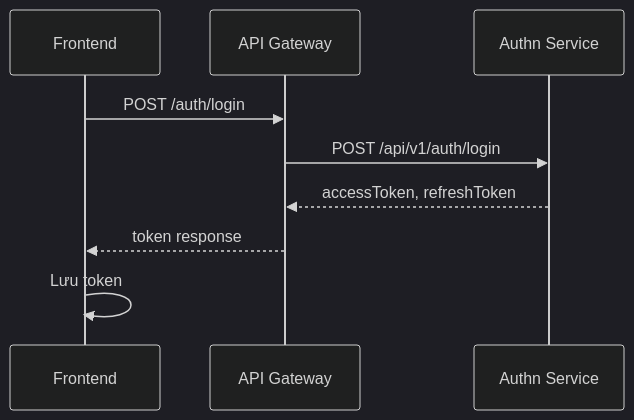
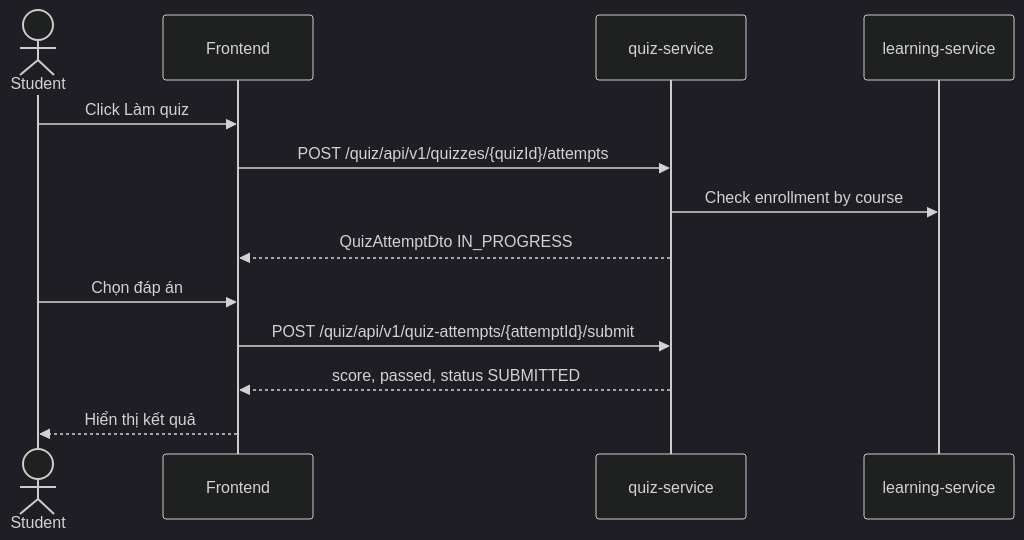
One commit to gunvno/LMS-Mini changed the third of 8 diagrams in FRONTEND_RENDER_SPEC.md. Above: the diagram before and after it, drawn with Mermaid (dark theme). The commit also changed other lines of this file and 9 other files, not shown here.

````diff
--- a/FRONTEND_RENDER_SPEC.md
+++ b/FRONTEND_RENDER_SPEC.md
@@ -326,12 +749,16 @@
 ```mermaid
 sequenceDiagram
-    participant FE as Frontend
-    participant GW as API Gateway
-    participant AUTH as Authn Service
+  actor Student
+  participant FE as Frontend
+  participant Quiz as quiz-service
+  participant Learning as learning-service
 
-    FE->>GW: POST /auth/login
-    GW->>AUTH: POST /api/v1/auth/login
-    AUTH-->>GW: accessToken, refreshToken
-    GW-->>FE: token response
-    FE->>FE: Lưu token
+  Student->>FE: Click Làm quiz
+  FE->>Quiz: POST /quiz/api/v1/quizzes/{quizId}/attempts
+  Quiz->>Learning: Check enrollment by course
+  Quiz-->>FE: QuizAttemptDto IN_PROGRESS
+  Student->>FE: Chọn đáp án
+  FE->>Quiz: POST /quiz/api/v1/quiz-attempts/{attemptId}/submit
+  Quiz-->>FE: score, passed, status SUBMITTED
+  FE-->>Student: Hiển thị kết quả
 ```
````
